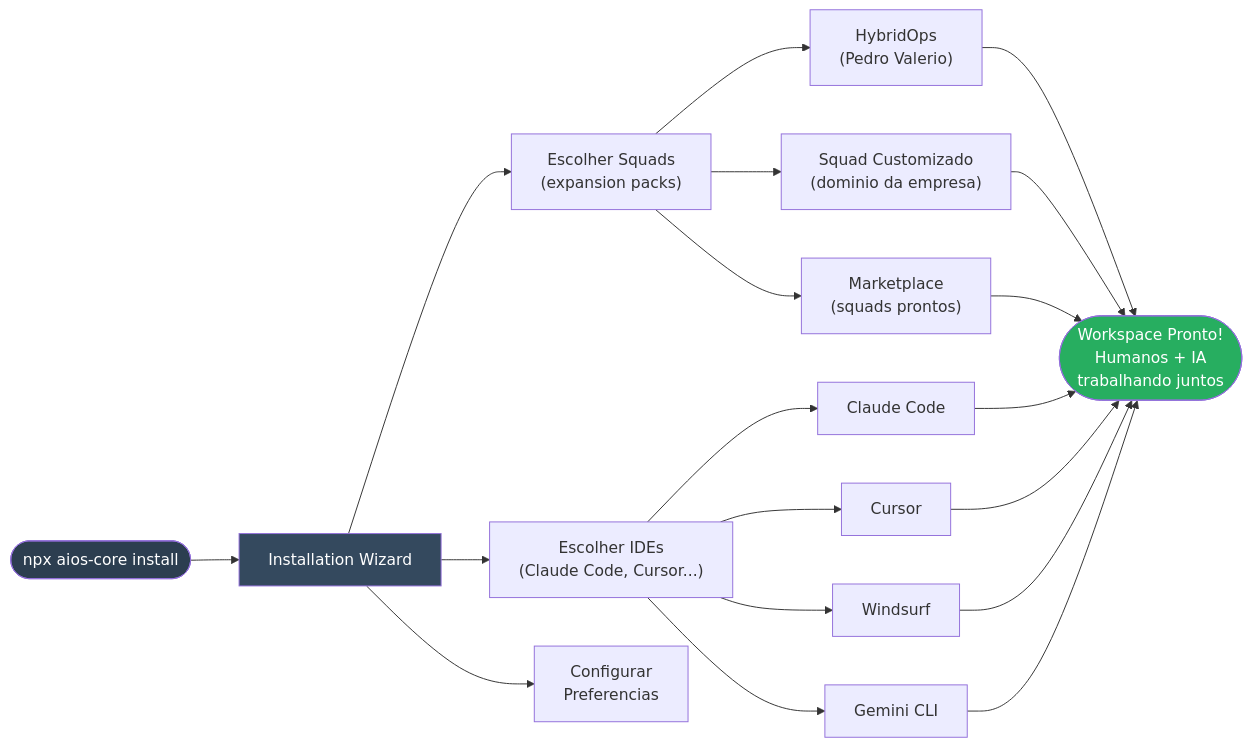
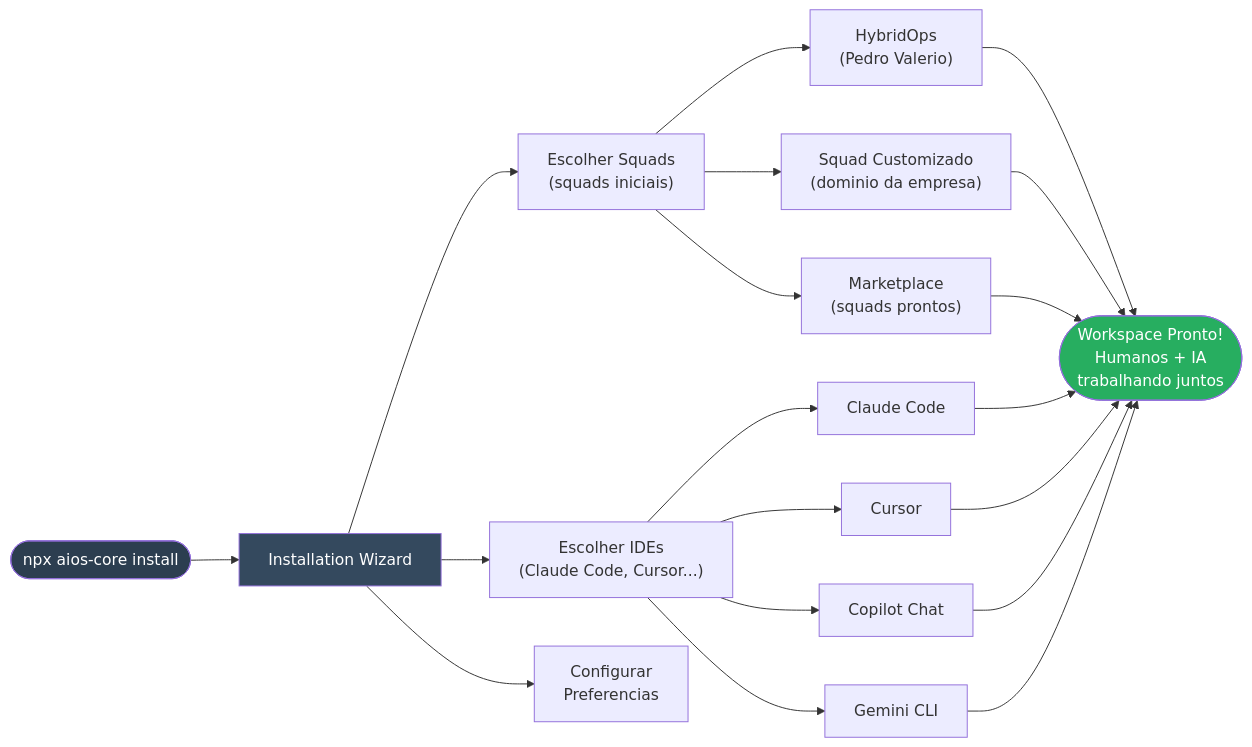
One commit to SynkraAI/aios-core changed the ninth of 12 diagrams in docs/architecture/AIOS-VISUAL-OVERVIEW.md. Above: the diagram before and after it, drawn with Mermaid. The commit also changed other lines of this file and 9 other files, not shown here.

Commit message:
chore(aios-4): remove legacy expansion/pack terms and stale IDE refs

````diff
--- a/docs/architecture/AIOS-VISUAL-OVERVIEW.md
+++ b/docs/architecture/AIOS-VISUAL-OVERVIEW.md
@@ -395,29 +395,29 @@
 ```mermaid
 flowchart LR
     INSTALL(["npx aios-core install"]) --> WIZARD["Installation Wizard"]
 
-    WIZARD --> CHOOSE_SQUADS["Escolher Squads<br/>(expansion packs)"]
+    WIZARD --> CHOOSE_SQUADS["Escolher Squads<br/>(squads iniciais)"]
     WIZARD --> CHOOSE_IDE["Escolher IDEs<br/>(Claude Code, Cursor...)"]
     WIZARD --> CHOOSE_CONFIG["Configurar<br/>Preferencias"]
 
     CHOOSE_SQUADS --> SQ_OPS["HybridOps<br/>(Pedro Valerio)"]
     CHOOSE_SQUADS --> SQ_CUSTOM["Squad Customizado<br/>(dominio da empresa)"]
     CHOOSE_SQUADS --> SQ_MARKET["Marketplace<br/>(squads prontos)"]
 
     CHOOSE_IDE --> IDE1["Claude Code"]
     CHOOSE_IDE --> IDE2["Cursor"]
-    CHOOSE_IDE --> IDE3["Windsurf"]
+    CHOOSE_IDE --> IDE3["Copilot Chat"]
     CHOOSE_IDE --> IDE4["Gemini CLI"]
 
     SQ_OPS --> READY(["Workspace Pronto!<br/>Humanos + IA<br/>trabalhando juntos"])
     SQ_CUSTOM --> READY
     SQ_MARKET --> READY
     IDE1 --> READY
     IDE2 --> READY
     IDE3 --> READY
     IDE4 --> READY
 
     style INSTALL fill:#2c3e50,color:#fff
     style READY fill:#27ae60,color:#fff
     style WIZARD fill:#34495e,color:#fff
 ```
````
